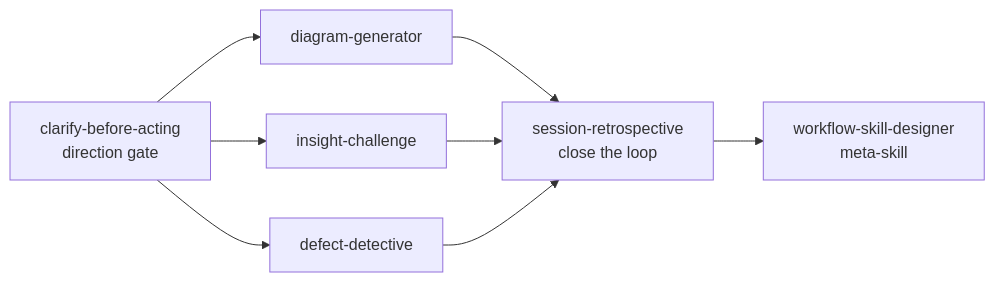
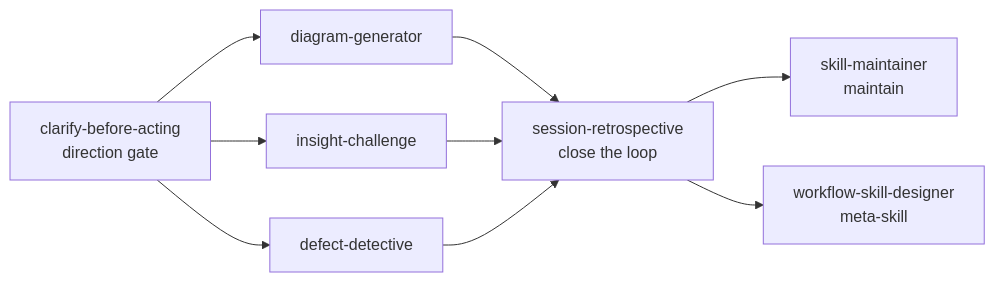
Before and after one commit to yumingtao/agent-skills: the diagram in README.md, drawn with Mermaid. The commit also changed other lines of this file and 31 other files, not shown here.

First line of the commit message:
feat: add skill-maintainer for existing-skill maintenance

````diff
--- a/README.md
+++ b/README.md
@@ -36,16 +37,18 @@
 ```mermaid
 flowchart LR
   gate["clarify-before-acting<br/>direction gate"]
   diagram["diagram-generator"]
   insight["insight-challenge"]
   defect["defect-detective"]
   retro["session-retrospective<br/>close the loop"]
   meta["workflow-skill-designer<br/>meta-skill"]
+  maintain["skill-maintainer<br/>maintain"]
   gate --> diagram
   gate --> insight
   gate --> defect
   diagram --> retro
   insight --> retro
   defect --> retro
+  retro --> maintain
   retro --> meta
 ```
````
